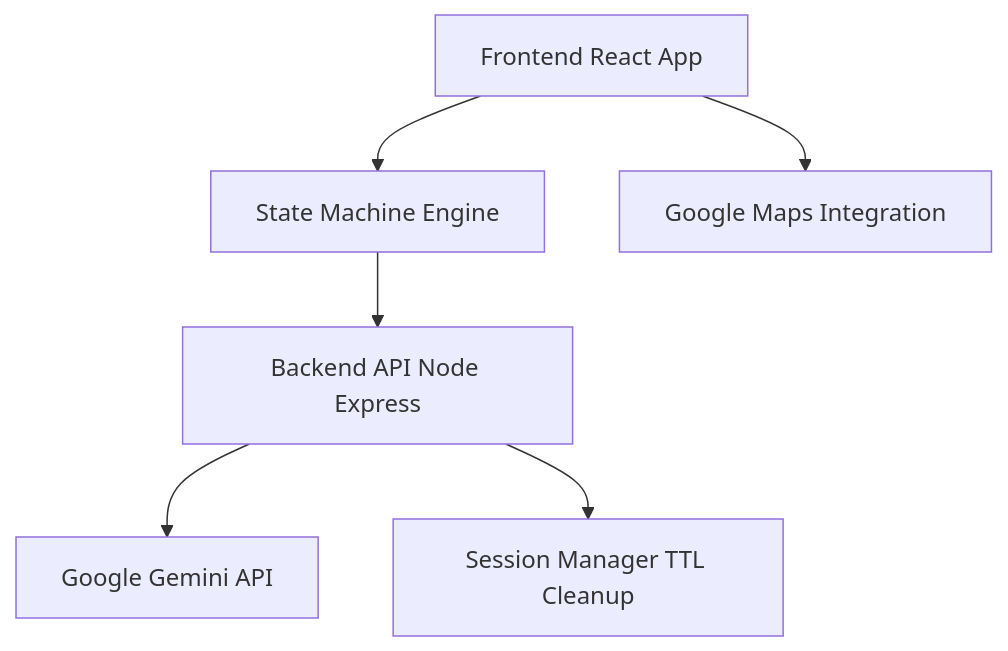
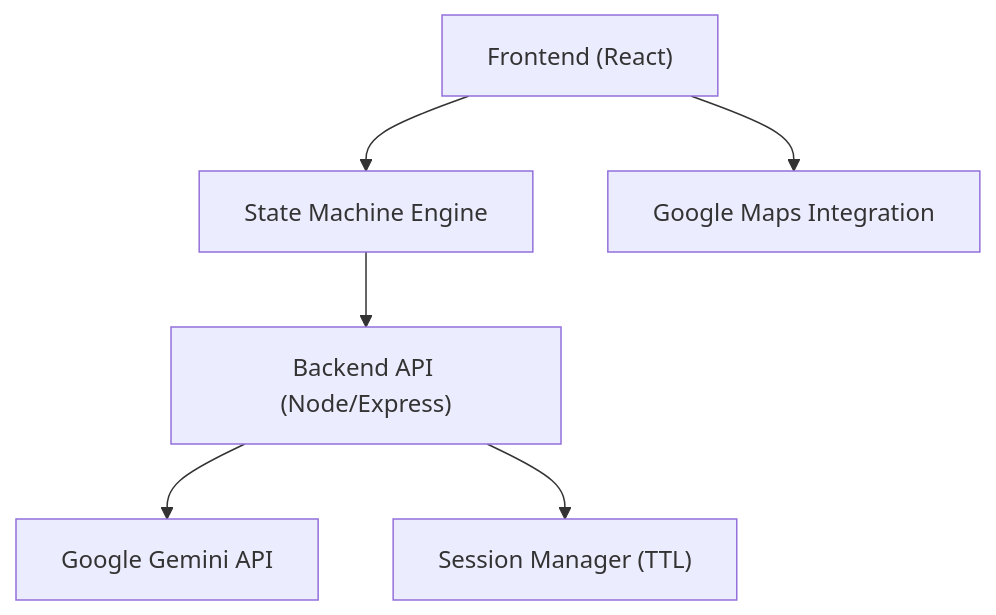
One commit to haqorayush/Election-Process-Education changed the diagram in README.md. Above: the diagram before and after it, drawn with Mermaid. The commit also changed other lines of this file, not shown here.

First line of the commit message:
Revise README with architecture and guarantees

````diff
--- a/README.md
+++ b/README.md
@@ -48,8 +48,8 @@
 ```mermaid
 flowchart TD
-    UI[Frontend React App] --> SM[State Machine Engine]
-    SM --> API[Backend API Node Express]
-    API --> AI[Google Gemini API]
-    API --> SESSION[Session Manager TTL Cleanup]
-    UI --> MAPS[Google Maps Integration]
+    UI["Frontend (React)"] --> SM["State Machine Engine"]
+    SM --> API["Backend API (Node/Express)"]
+    API --> AI["Google Gemini API"]
+    API --> SESSION["Session Manager (TTL)"]
+    UI --> MAPS["Google Maps Integration"]
 ```
````
